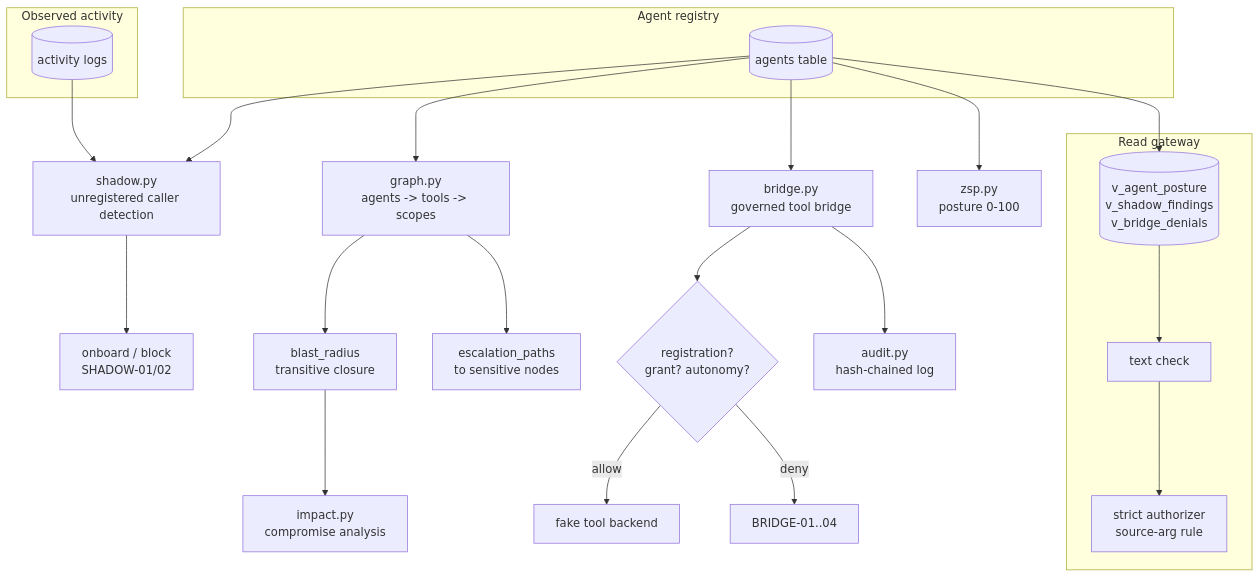
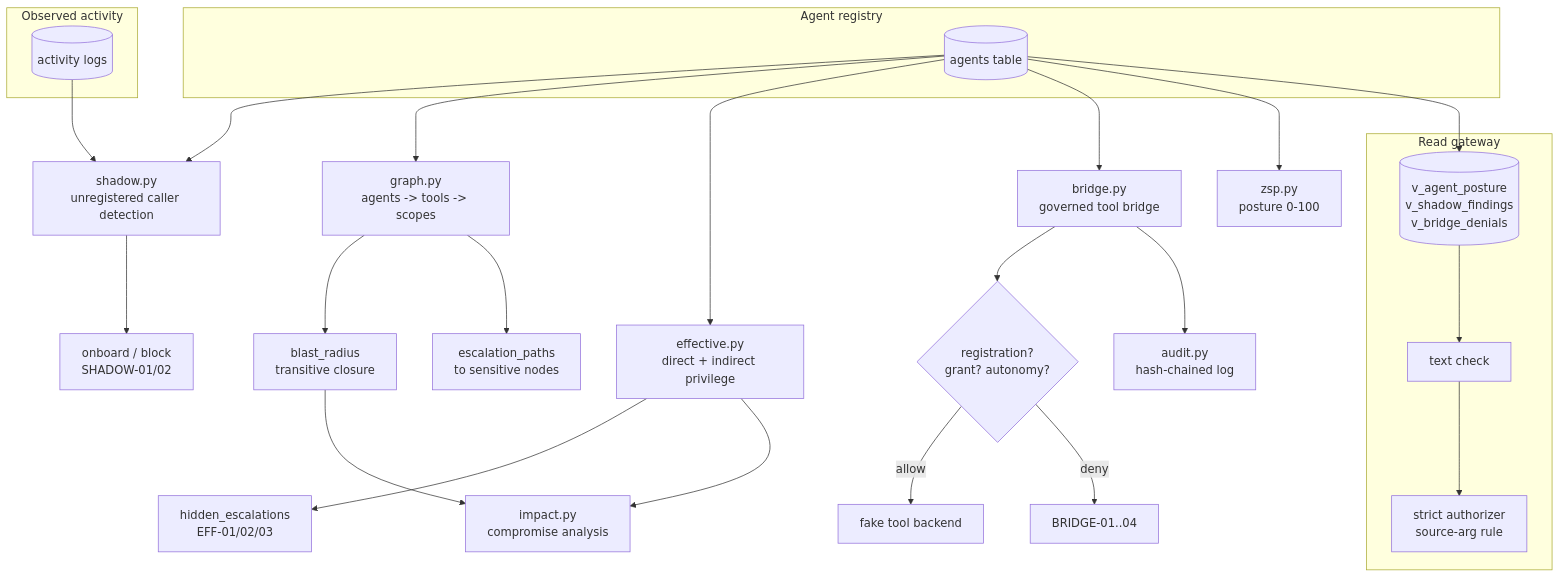
One commit to jagadishmazure-jpg/Jagadish-agentic-security-layer changed the diagram in knowledge/architecture.md. Above: the diagram before and after it, drawn with Mermaid. The commit also changed other lines of this file and 4 other files, not shown here.

Commit message:
Re-apply effective-privilege betterment on post-rewrite code (98 tests)

````diff
--- a/knowledge/architecture.md
+++ b/knowledge/architecture.md
@@ -3,32 +3,35 @@
 ```mermaid
 flowchart TB
     subgraph REG["Agent registry"]
         R[(agents table)]
     end
     subgraph OBS["Observed activity"]
         A[(activity logs)]
     end
     A --> SH[shadow.py<br/>unregistered caller detection]
     R --> SH
     SH --> REC[onboard / block<br/>SHADOW-01/02]
 
     R --> G[graph.py<br/>agents -> tools -> scopes]
     G --> BR[blast_radius<br/>transitive closure]
     G --> EP[escalation_paths<br/>to sensitive nodes]
-    BR --> IMP[impact.py<br/>compromise analysis]
+    R --> EFF[effective.py<br/>direct + indirect privilege]
+    EFF --> HE[hidden_escalations<br/>EFF-01/02/03]
+    EFF --> IMP[impact.py<br/>compromise analysis]
+    BR --> IMP
 
     R --> BDG[bridge.py<br/>governed tool bridge]
     BDG --> POL{registration?<br/>grant? autonomy?}
     POL -->|allow| FAKE[fake tool backend]
     POL -->|deny| DENY[BRIDGE-01..04]
     BDG --> AUD[audit.py<br/>hash-chained log]
 
     R --> ZSP[zsp.py<br/>posture 0-100]
 
     subgraph GW["Read gateway"]
         V[(v_agent_posture<br/>v_shadow_findings<br/>v_bridge_denials)]
         V --> TX[text check]
         TX --> AZ[strict authorizer<br/>source-arg rule]
     end
     R --> V
 ```
````
